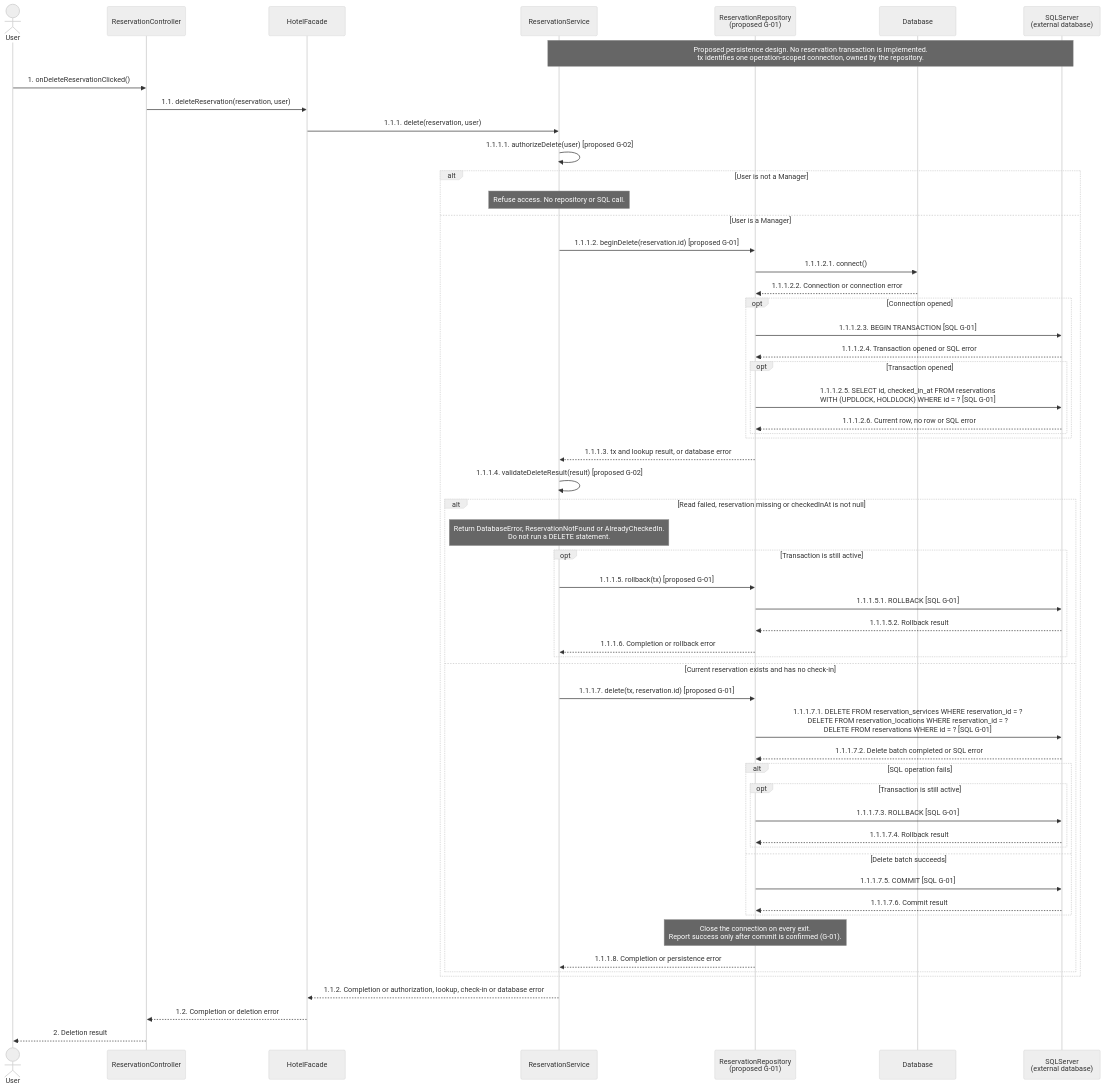
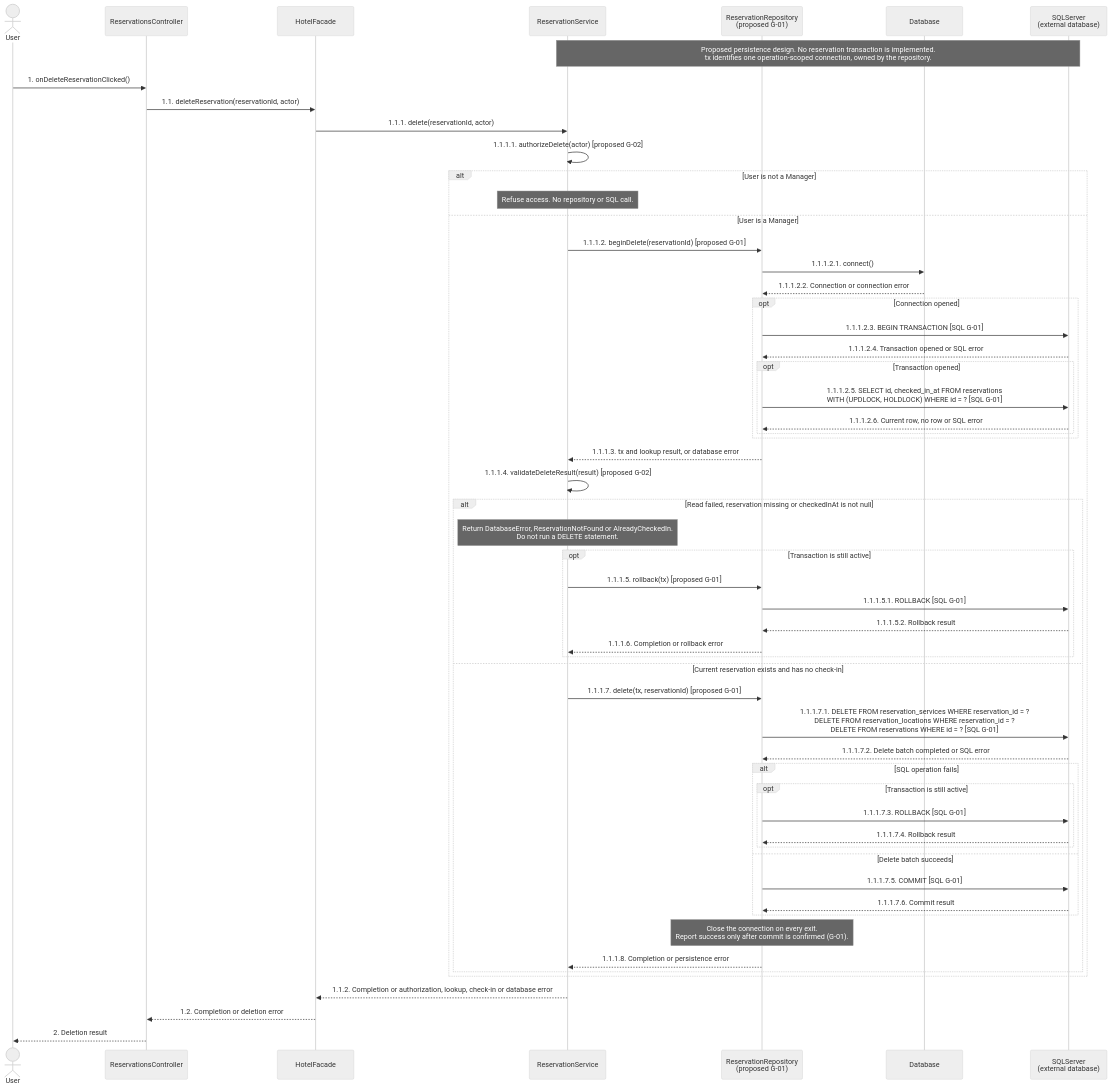
Before and after one commit to BorjaTiago/hotel4you: the first of 2 diagrams in docs/uml/sequence-diagrams.md, drawn with Mermaid. The commit also changed other lines of this file and 4 other files, not shown here.

Commit message:
H4Y-57 document the reservation delete in the UML and the drafts

````diff
--- a/docs/uml/sequence-diagrams.md
+++ b/docs/uml/sequence-diagrams.md
@@ -25,60 +25,60 @@
 ```mermaid
 %%{init: {"theme":"neutral","fontFamily":"Arial","sequence":{"width":170,"wrap":false}}}%%
 sequenceDiagram
     actor User
-    participant RC as ReservationController
+    participant RC as ReservationsController
     participant F as HotelFacade
     participant RS as ReservationService
     participant RR as ReservationRepository<br/>(proposed G-01)
     participant D as Database
     participant SQL as SQLServer<br/>(external database)
     Note over RS,SQL: Proposed persistence design. No reservation transaction is implemented.<br/>tx identifies one operation-scoped connection, owned by the repository.
     User->>RC: 1. onDeleteReservationClicked()
-    RC->>F: 1.1. deleteReservation(reservation, user)
-    F->>RS: 1.1.1. delete(reservation, user)
-    RS->>RS: 1.1.1.1. authorizeDelete(user) [proposed G-02]
+    RC->>F: 1.1. deleteReservation(reservationId, actor)
+    F->>RS: 1.1.1. delete(reservationId, actor)
+    RS->>RS: 1.1.1.1. authorizeDelete(actor) [proposed G-02]
     alt User is not a Manager
         Note over RS: Refuse access. No repository or SQL call.
     else User is a Manager
-        RS->>RR: 1.1.1.2. beginDelete(reservation.id) [proposed G-01]
+        RS->>RR: 1.1.1.2. beginDelete(reservationId) [proposed G-01]
         RR->>D: 1.1.1.2.1. connect()
         D-->>RR: 1.1.1.2.2. Connection or connection error
         opt Connection opened
             RR->>SQL: 1.1.1.2.3. BEGIN TRANSACTION [SQL G-01]
             SQL-->>RR: 1.1.1.2.4. Transaction opened or SQL error
             opt Transaction opened
                 RR->>SQL: 1.1.1.2.5. SELECT id, checked_in_at FROM reservations<br/>WITH (UPDLOCK, HOLDLOCK) WHERE id = ? [SQL G-01]
                 SQL-->>RR: 1.1.1.2.6. Current row, no row or SQL error
             end
         end
         RR-->>RS: 1.1.1.3. tx and lookup result, or database error
         RS->>RS: 1.1.1.4. validateDeleteResult(result) [proposed G-02]
         alt Read failed, reservation missing or checkedInAt is not null
             Note over RS: Return DatabaseError, ReservationNotFound or AlreadyCheckedIn.<br/>Do not run a DELETE statement.
             opt Transaction is still active
                 RS->>RR: 1.1.1.5. rollback(tx) [proposed G-01]
                 RR->>SQL: 1.1.1.5.1. ROLLBACK [SQL G-01]
                 SQL-->>RR: 1.1.1.5.2. Rollback result
                 RR-->>RS: 1.1.1.6. Completion or rollback error
             end
         else Current reservation exists and has no check-in
-            RS->>RR: 1.1.1.7. delete(tx, reservation.id) [proposed G-01]
+            RS->>RR: 1.1.1.7. delete(tx, reservationId) [proposed G-01]
             RR->>SQL: 1.1.1.7.1. DELETE FROM reservation_services WHERE reservation_id = ?<br/>DELETE FROM reservation_locations WHERE reservation_id = ?<br/>DELETE FROM reservations WHERE id = ? [SQL G-01]
             SQL-->>RR: 1.1.1.7.2. Delete batch completed or SQL error
             alt SQL operation fails
                 opt Transaction is still active
                     RR->>SQL: 1.1.1.7.3. ROLLBACK [SQL G-01]
                     SQL-->>RR: 1.1.1.7.4. Rollback result
                 end
             else Delete batch succeeds
                 RR->>SQL: 1.1.1.7.5. COMMIT [SQL G-01]
                 SQL-->>RR: 1.1.1.7.6. Commit result
             end
             Note over RR: Close the connection on every exit.<br/>Report success only after commit is confirmed (G-01).
             RR-->>RS: 1.1.1.8. Completion or persistence error
         end
     end
     RS-->>F: 1.1.2. Completion or authorization, lookup, check-in or database error
     F-->>RC: 1.2. Completion or deletion error
     RC-->>User: 2. Deletion result
 ```
````
